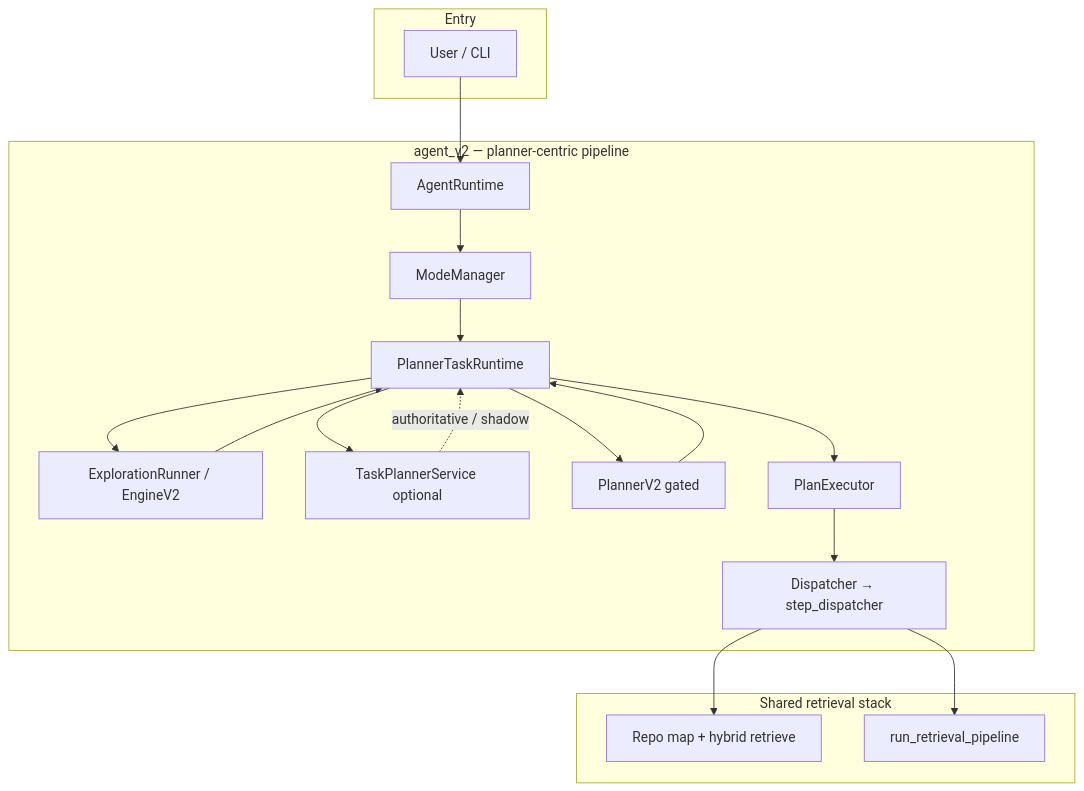
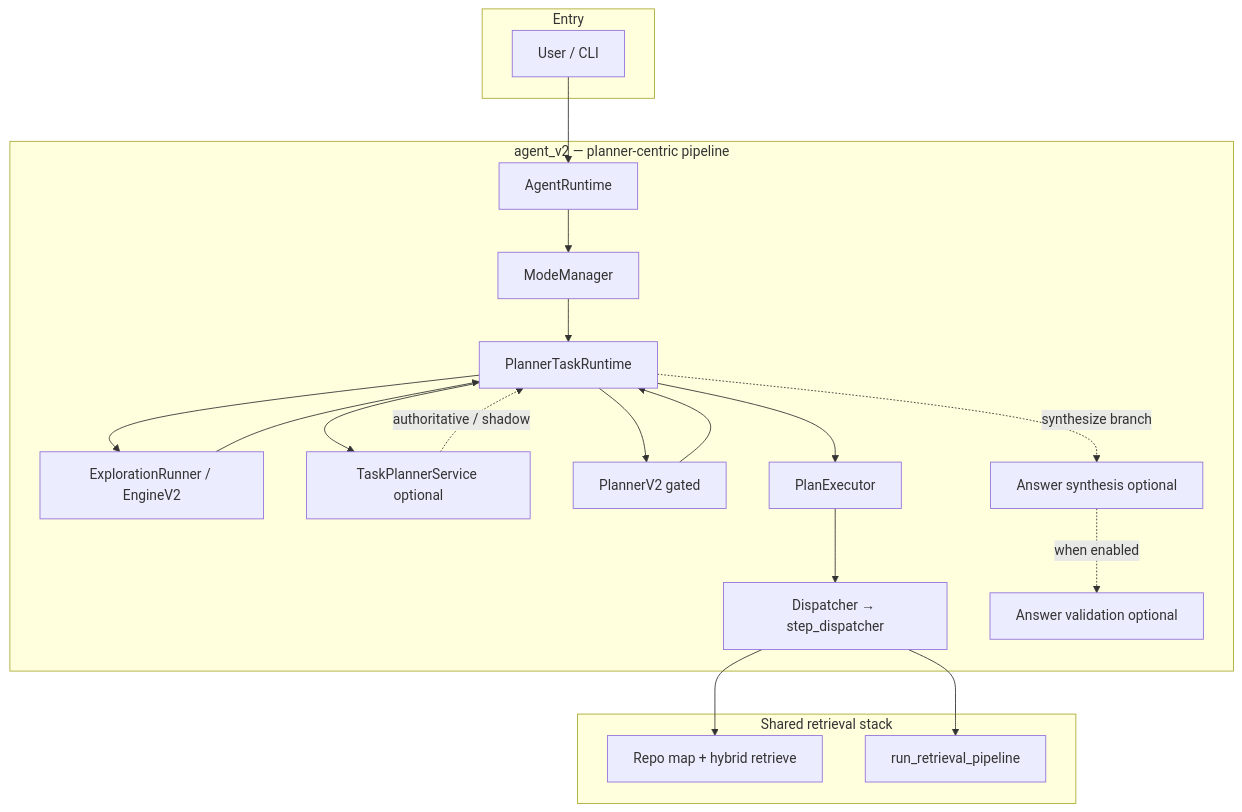
One commit to Pugsy-Explores/AutoStudio changed the first of 4 diagrams in README.md. Above: the diagram before and after it, drawn with Mermaid. The commit also changed other lines of this file and 3 other files, not shown here.

First line of the commit message:
docs: refresh architecture diagrams for ACT, validation, tiered eval

````diff
--- a/README.md
+++ b/README.md
@@ -68,36 +68,40 @@
 ```mermaid
 flowchart TB
     subgraph Entry["Entry"]
         User[User / CLI]
     end
 
     subgraph AV2["agent_v2 — planner-centric pipeline"]
         AR[AgentRuntime]
         MM[ModeManager]
         PTR[PlannerTaskRuntime]
         ER[ExplorationRunner / EngineV2]
         TP[TaskPlannerService optional]
         PV2[PlannerV2 gated]
         PE[PlanExecutor]
         D2[Dispatcher → step_dispatcher]
+        AS[Answer synthesis optional]
+        AV[Answer validation optional]
     end
 
     subgraph Retrieval["Shared retrieval stack"]
         RM[Repo map + hybrid retrieve]
         RP[run_retrieval_pipeline]
     end
 
     User --> AR
     AR --> MM
     MM --> PTR
     PTR --> ER
     ER --> PTR
     PTR --> TP
     TP -.->|authoritative / shadow| PTR
     PTR --> PV2
     PV2 --> PTR
     PTR --> PE
     PE --> D2
     D2 --> RM
     D2 --> RP
+    PTR -.->|synthesize branch| AS
+    AS -.->|when enabled| AV
 ```
````
